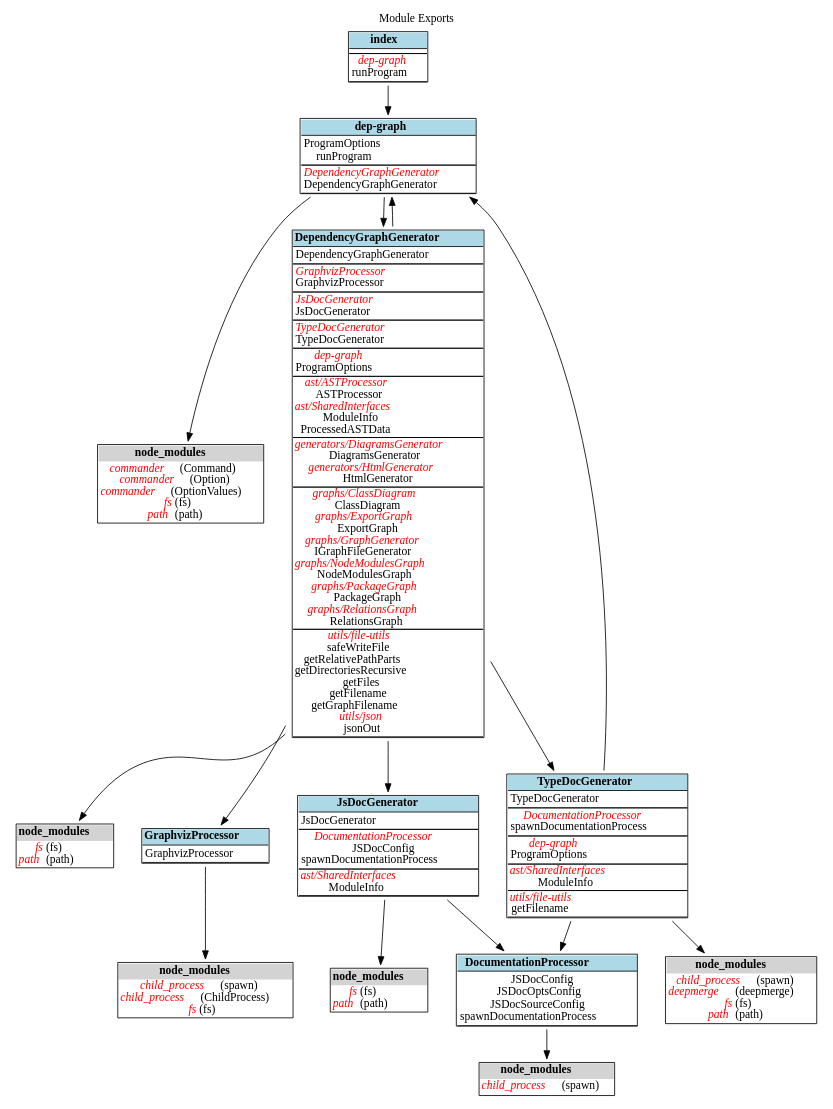
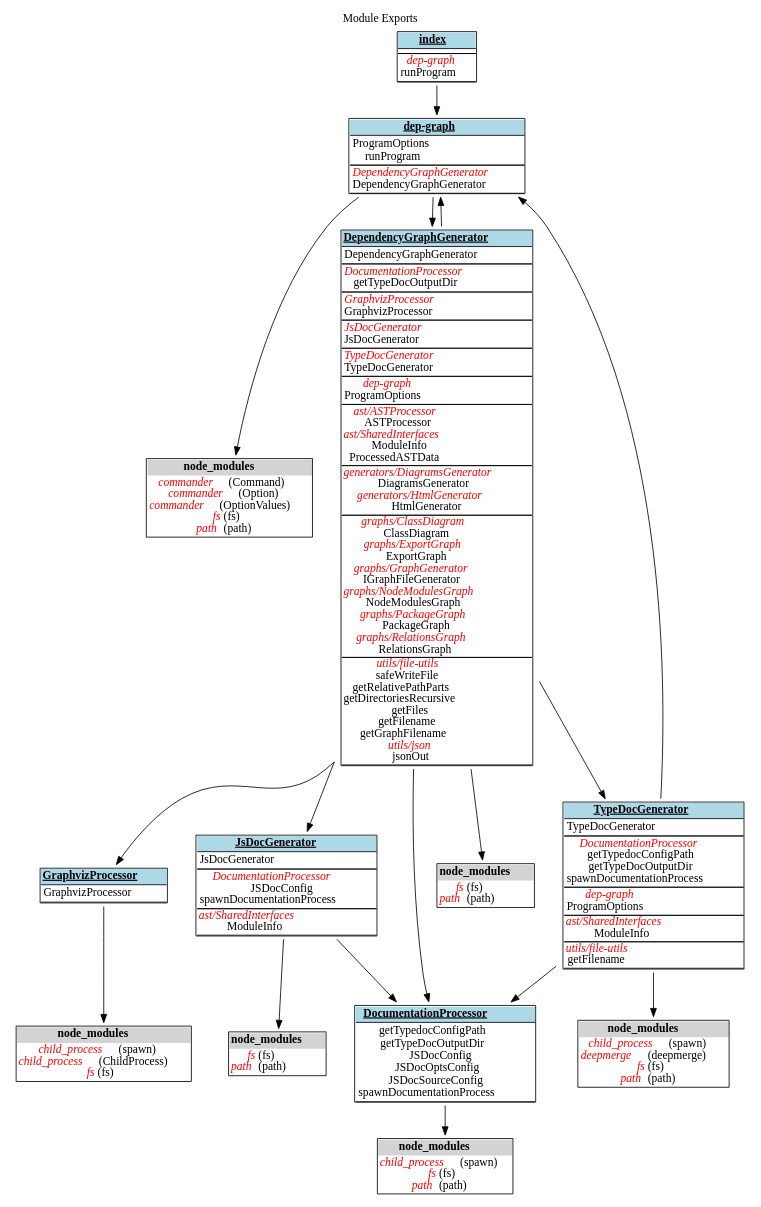
One commit to fleebe/GitHubPages changed the diagram in dep-graph-ts/_ExportGraph.dot. Above: the diagram before and after it, drawn with Graphviz. The commit also changed 36 other files, not shown here.

Commit message:
Update docs for dep-graph-ts from fleebe/dep-graph-ts workflow

```diff
--- a/dep-graph-ts/_ExportGraph.dot
+++ b/dep-graph-ts/_ExportGraph.dot
@@ -1,7 +1,7 @@
 digraph {label=" Module Exports";
 labelloc="t";
 "dep-graph" [shape=none, label=<<TABLE cellspacing="0" cellborder="0" align="left">
-<TR><TD bgcolor="lightblue" HREF="docs/tsdocs/modules/_dep-graph_.html" TARGET="_blank" align="center"><B>dep-graph</B></TD></TR>
+<TR><TD bgcolor="lightblue" HREF="tsdocs\modules\dep-graph.html" TARGET="_blank" align="center"><U><B>dep-graph</B></U></TD></TR>
 <TR><TD BORDER="1" SIDES="TB" align="left">
 ProgramOptions<BR/>
 runProgram<BR/>
@@ -23,9 +23,13 @@
 </TABLE>>];
 "dep-graph"->"dep-graph-node_modules";
 "DependencyGraphGenerator" [shape=none, label=<<TABLE cellspacing="0" cellborder="0" align="left">
-<TR><TD bgcolor="lightblue" HREF="docs/tsdocs/modules/_DependencyGraphGenerator_.html" TARGET="_blank" align="center"><B>DependencyGraphGenerator</B></TD></TR>
+<TR><TD bgcolor="lightblue" HREF="tsdocs\modules\DependencyGraphGenerator.html" TARGET="_blank" align="center"><U><B>DependencyGraphGenerator</B></U></TD></TR>
 <TR><TD BORDER="1" SIDES="TB" align="left">
 DependencyGraphGenerator<BR/>
+</TD></TR>
+<TR><TD BORDER="1" SIDES="TB" align="left">
+<font color="red"><I>DocumentationProcessor</I></font><BR/>
+getTypeDocOutputDir<BR/>
 </TD></TR>
 <TR><TD BORDER="1" SIDES="TB" align="left">
 <font color="red"><I>GraphvizProcessor</I></font><BR/>
@@ -91,8 +95,10 @@
 </TABLE>>];
 "DependencyGraphGenerator"->"DependencyGraphGenerator-node_modules";
 "DocumentationProcessor" [shape=none, label=<<TABLE cellspacing="0" cellborder="0" align="left">
-<TR><TD bgcolor="lightblue" HREF="docs/tsdocs/modules/_DocumentationProcessor_.html" TARGET="_blank" align="center"><B>DocumentationProcessor</B></TD></TR>
+<TR><TD bgcolor="lightblue" HREF="tsdocs\modules\DocumentationProcessor.html" TARGET="_blank" align="center"><U><B>DocumentationProcessor</B></U></TD></TR>
 <TR><TD BORDER="1" SIDES="TB" align="left">
+getTypedocConfigPath<BR/>
+getTypeDocOutputDir<BR/>
 JSDocConfig<BR/>
 JSDocOptsConfig<BR/>
 JSDocSourceConfig<BR/>
@@ -103,11 +109,13 @@
 <TR><TD bgcolor="lightgrey" align="center"><B>node_modules</B></TD></TR>
 <TR><TD align="left">
 <font color="red"><I>child_process</I></font> (spawn)<BR/>
+<font color="red"><I>fs</I></font> (fs)<BR/>
+<font color="red"><I>path</I></font> (path)<BR/>
 </TD></TR>
 </TABLE>>];
 "DocumentationProcessor"->"DocumentationProcessor-node_modules";
 "GraphvizProcessor" [shape=none, label=<<TABLE cellspacing="0" cellborder="0" align="left">
-<TR><TD bgcolor="lightblue" HREF="docs/tsdocs/modules/_GraphvizProcessor_.html" TARGET="_blank" align="center"><B>GraphvizProcessor</B></TD></TR>
+<TR><TD bgcolor="lightblue" HREF="tsdocs\modules\GraphvizProcessor.html" TARGET="_blank" align="center"><U><B>GraphvizProcessor</B></U></TD></TR>
 <TR><TD BORDER="1" SIDES="TB" align="left">
 GraphvizProcessor<BR/>
 </TD></TR>
@@ -122,7 +130,7 @@
 </TABLE>>];
 "GraphvizProcessor"->"GraphvizProcessor-node_modules";
 "index" [shape=none, label=<<TABLE cellspacing="0" cellborder="0" align="left">
-<TR><TD bgcolor="lightblue" HREF="docs/tsdocs/modules/_index_.html" TARGET="_blank" align="center"><B>index</B></TD></TR>
+<TR><TD bgcolor="lightblue" HREF="tsdocs\modules\index.html" TARGET="_blank" align="center"><U><B>index</B></U></TD></TR>
 <TR><TD BORDER="1" SIDES="TB" align="left">
 </TD></TR>
 <TR><TD BORDER="1" SIDES="TB" align="left">
@@ -131,7 +139,7 @@
 </TD></TR>
 </TABLE>>];
 "JsDocGenerator" [shape=none, label=<<TABLE cellspacing="0" cellborder="0" align="left">
-<TR><TD bgcolor="lightblue" HREF="docs/tsdocs/modules/_JsDocGenerator_.html" TARGET="_blank" align="center"><B>JsDocGenerator</B></TD></TR>
+<TR><TD bgcolor="lightblue" HREF="tsdocs\modules\JsDocGenerator.html" TARGET="_blank" align="center"><U><B>JsDocGenerator</B></U></TD></TR>
 <TR><TD BORDER="1" SIDES="TB" align="left">
 JsDocGenerator<BR/>
 </TD></TR>
@@ -154,12 +162,14 @@
 </TABLE>>];
 "JsDocGenerator"->"JsDocGenerator-node_modules";
 "TypeDocGenerator" [shape=none, label=<<TABLE cellspacing="0" cellborder="0" align="left">
-<TR><TD bgcolor="lightblue" HREF="docs/tsdocs/modules/_TypeDocGenerator_.html" TARGET="_blank" align="center"><B>TypeDocGenerator</B></TD></TR>
+<TR><TD bgcolor="lightblue" HREF="tsdocs\modules\TypeDocGenerator.html" TARGET="_blank" align="center"><U><B>TypeDocGenerator</B></U></TD></TR>
 <TR><TD BORDER="1" SIDES="TB" align="left">
 TypeDocGenerator<BR/>
 </TD></TR>
 <TR><TD BORDER="1" SIDES="TB" align="left">
 <font color="red"><I>DocumentationProcessor</I></font><BR/>
+getTypedocConfigPath<BR/>
+getTypeDocOutputDir<BR/>
 spawnDocumentationProcess<BR/>
 </TD></TR>
 <TR><TD BORDER="1" SIDES="TB" align="left">
@@ -187,6 +197,7 @@
 "TypeDocGenerator"->"TypeDocGenerator-node_modules";
 "dep-graph"->"DependencyGraphGenerator";
 "DependencyGraphGenerator"->"dep-graph";
+"DependencyGraphGenerator"->"DocumentationProcessor";
 "DependencyGraphGenerator"->"GraphvizProcessor";
 "DependencyGraphGenerator"->"JsDocGenerator";
 "DependencyGraphGenerator"->"TypeDocGenerator";
```
